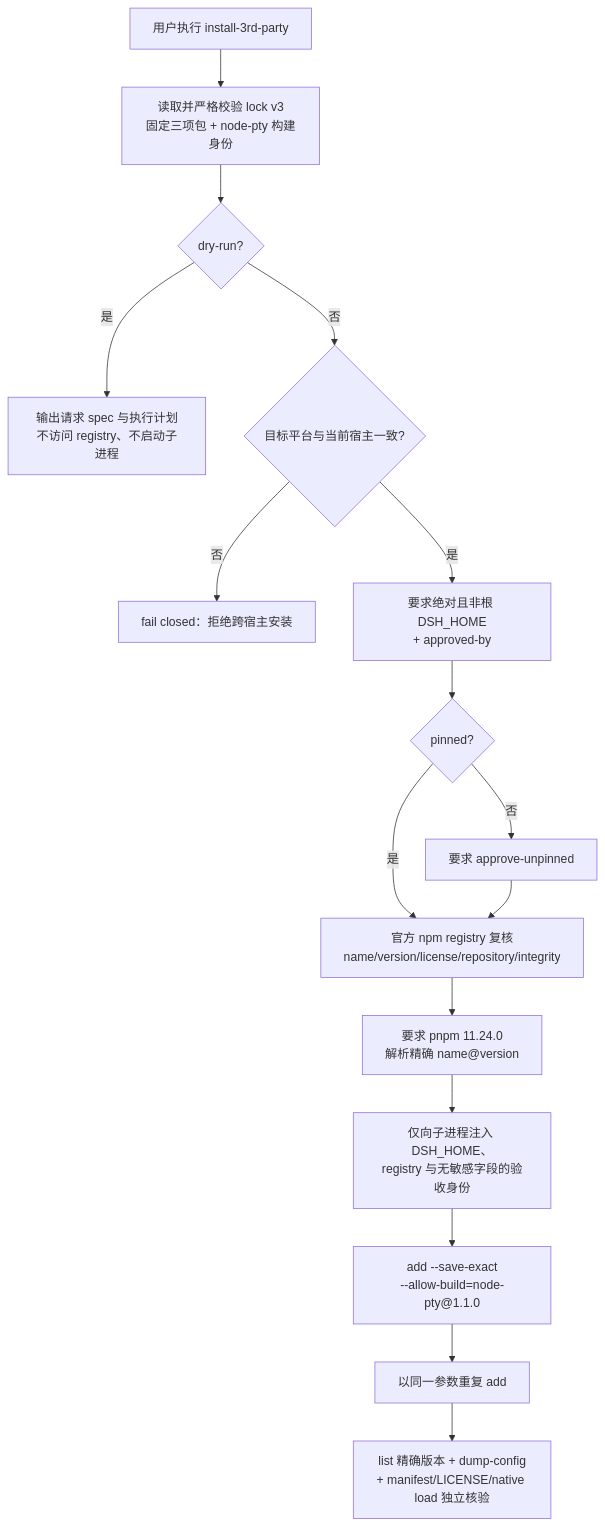
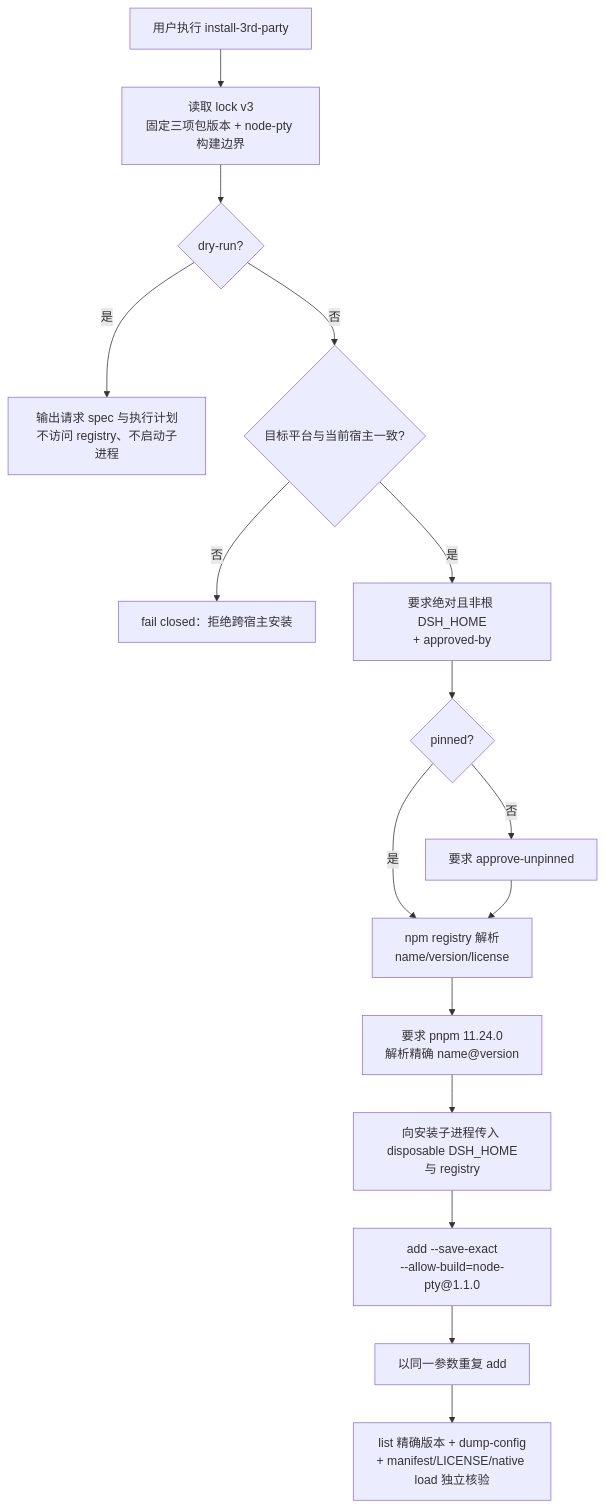
The second of 2 diagrams in design/03-modules/M12-market-release.md (yin52133/dsh-luban), drawn with Mermaid before and after one commit. The commit also changed other lines of this file and 37 other files, not shown here.

````diff
--- a/design/03-modules/M12-market-release.md
+++ b/design/03-modules/M12-market-release.md
@@ -69,18 +71,18 @@
 ```mermaid
 flowchart TD
-    U["用户执行 install-3rd-party"] --> L["读取并严格校验 lock v3<br/>固定三项包 + node-pty 构建身份"]
+    U["用户执行 install-3rd-party"] --> L["读取 lock v3<br/>固定三项包版本 + node-pty 构建边界"]
     L --> D{"dry-run?"}
     D -- 是 --> O["输出请求 spec 与执行计划<br/>不访问 registry、不启动子进程"]
     D -- 否 --> H{"目标平台与当前宿主一致?"}
     H -- 否 --> X["fail closed：拒绝跨宿主安装"]
     H -- 是 --> A["要求绝对且非根 DSH_HOME<br/>+ approved-by"]
     A --> P{"pinned?"}
     P -- 否 --> P2["要求 approve-unpinned"]
-    P -- 是 --> R["官方 npm registry 复核<br/>name/version/license/repository/integrity"]
+    P -- 是 --> R["npm registry 解析<br/>name/version/license"]
     P2 --> R
     R --> E["要求 pnpm 11.24.0<br/>解析精确 name@version"]
-    E --> C["仅向子进程注入 DSH_HOME、<br/>registry 与无敏感字段的验收身份"]
+    E --> C["向安装子进程传入 disposable DSH_HOME<br/>与 registry"]
     C --> I["add --save-exact<br/>--allow-build=node-pty@1.1.0"]
     I --> I2["以同一参数重复 add"]
     I2 --> V["list 精确版本 + dump-config<br/>+ manifest/LICENSE/native load 独立核验"]
 ```
````
